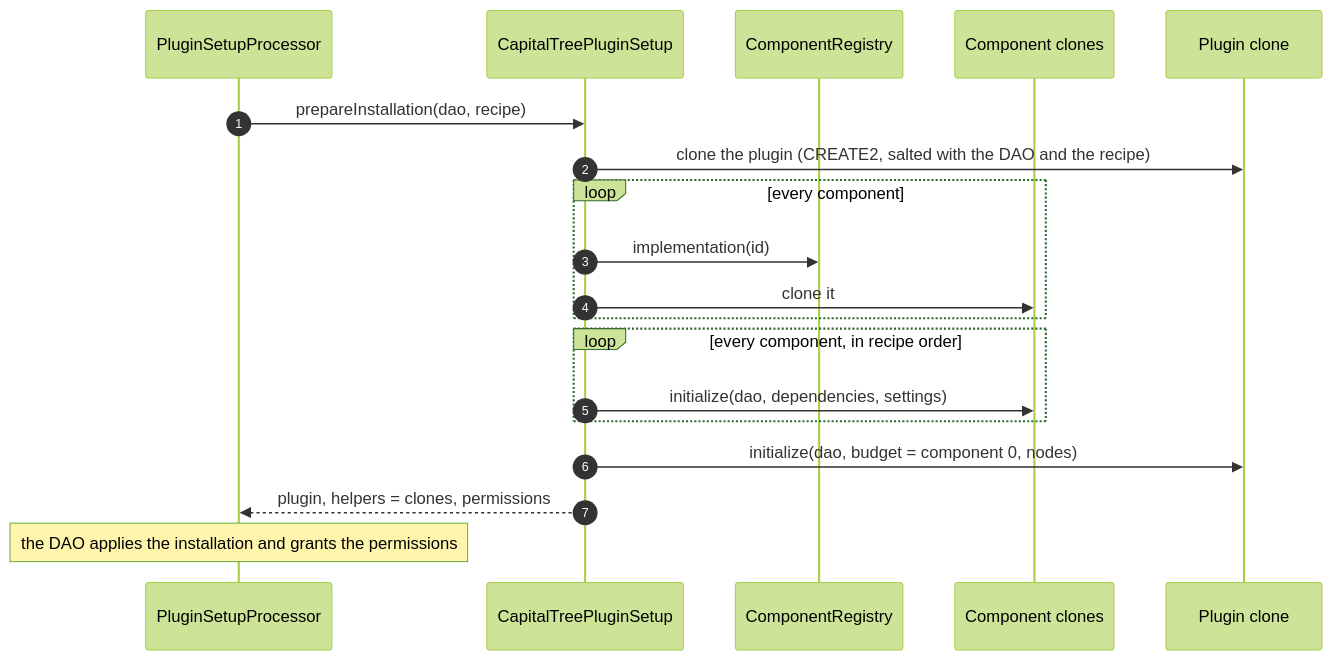
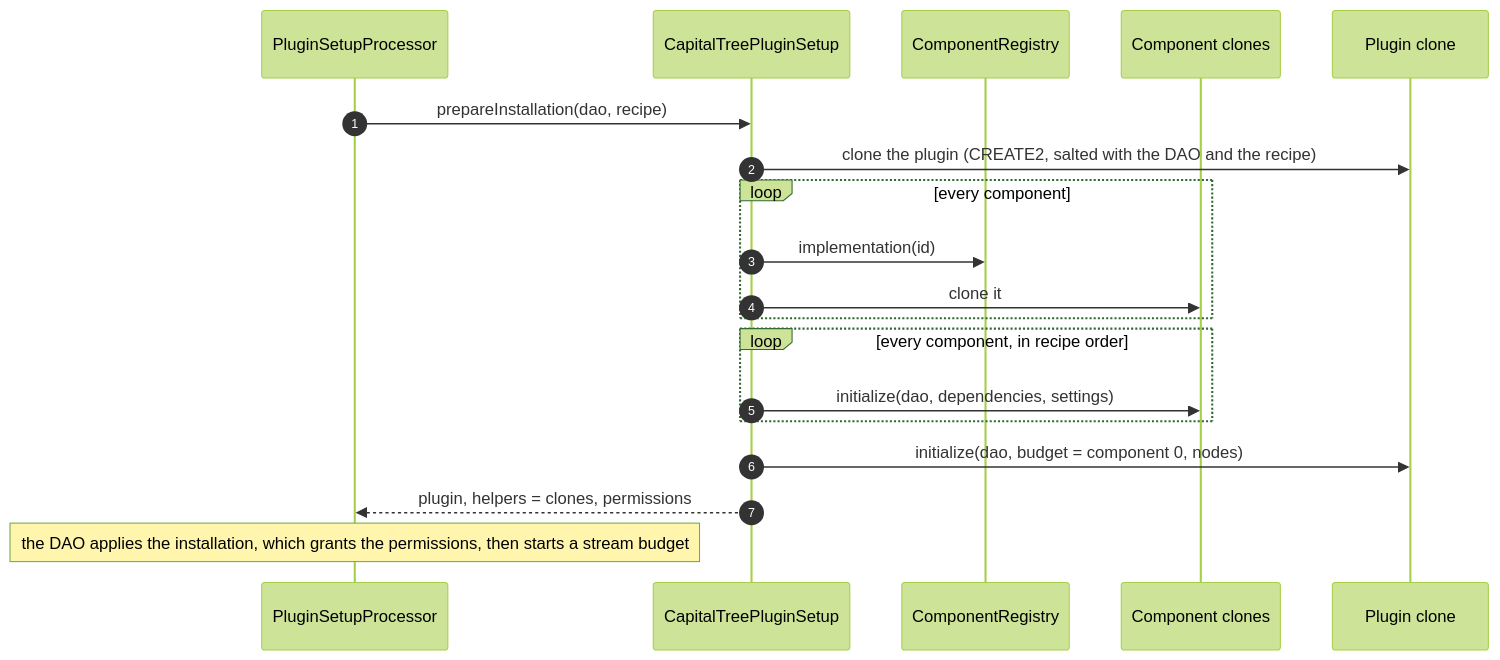
The ninth of 10 diagrams in README.md (antfarm-official/tree-capital), drawn with Mermaid (forest theme) before and after one commit. The commit also changed other lines of this file and 11 other files, not shown here.

````diff
--- a/README.md
+++ b/README.md
@@ -418,22 +437,22 @@
 ```mermaid
 sequenceDiagram
     autonumber
     participant PSP as PluginSetupProcessor
     participant Setup as CapitalTreePluginSetup
     participant Registry as ComponentRegistry
     participant Clones as Component clones
     participant Plugin as Plugin clone
 
     PSP->>Setup: prepareInstallation(dao, recipe)
     Setup->>Plugin: clone the plugin (CREATE2, salted with the DAO and the recipe)
     loop every component
         Setup->>Registry: implementation(id)
         Setup->>Clones: clone it
     end
     loop every component, in recipe order
         Setup->>Clones: initialize(dao, dependencies, settings)
     end
     Setup->>Plugin: initialize(dao, budget = component 0, nodes)
     Setup-->>PSP: plugin, helpers = clones, permissions
-    Note over PSP: the DAO applies the installation and grants the permissions
+    Note over PSP: the DAO applies the installation, which grants the permissions, then starts a stream budget
 ```
````
